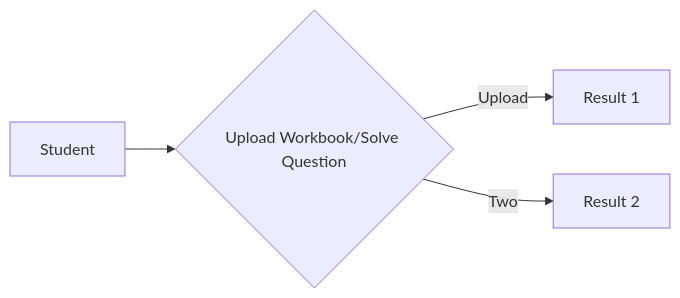
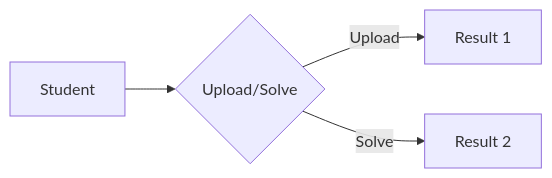
One commit to Smarti-AI/smarti changed the diagram in docs/lang_chain.md. Above: the diagram before and after it, drawn with Mermaid.

````diff
--- a/docs/lang_chain.md
+++ b/docs/lang_chain.md
@@ -14,7 +14,7 @@
 ```mermaid
 flowchart LR
 
-B[Student] --> C{Upload Workbook/Solve Question}
-C -->|Upload| D[Result 1]
-C -->|Two| E[Result 2]
+A[Student] --> B{Upload/Solve}
+B -->|Upload| D[Result 1]
+B -->|Solve| E[Result 2]
 ```
````
